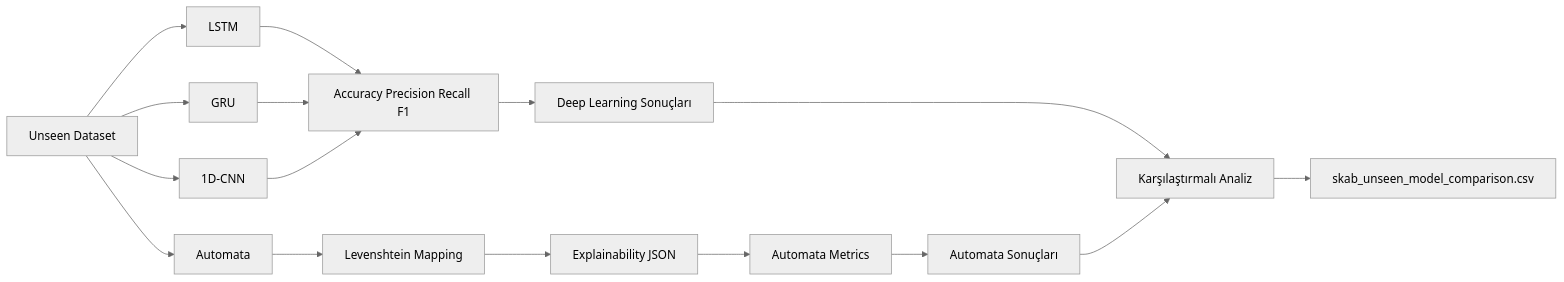
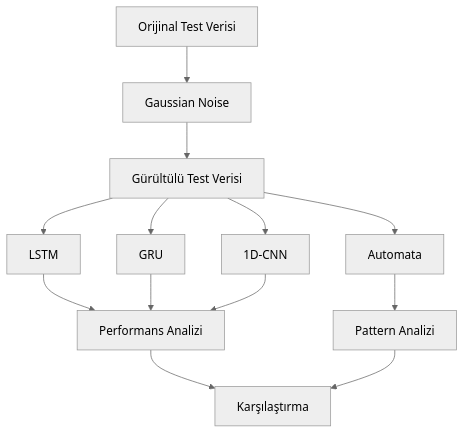
The second of 2 diagrams in README.md (senaycengiz/yazlab2-aciklanabilir-zaman-serisi-analizi), drawn with Mermaid (neutral theme) before and after one commit. The commit also changed other lines of this file, not shown here.

````diff
--- a/README.md
+++ b/README.md
@@ -2051,25 +448,22 @@
 ```mermaid
-flowchart LR
+flowchart TD
 
-A[Unseen Dataset]
---> B[LSTM]
-A --> C[GRU]
-A --> D[1D-CNN]
-A --> E[Automata]
+A[Orijinal Test Verisi]
+--> B[Gaussian Noise]
 
-B --> F[Accuracy Precision Recall F1]
-C --> F
-D --> F
+B --> C[Gürültülü Test Verisi]
 
-E --> G[Levenshtein Mapping]
-G --> H[Explainability JSON]
-H --> I[Automata Metrics]
+C --> D[LSTM]
+C --> E[GRU]
+C --> F[1D-CNN]
+C --> G[Automata]
 
-F --> J[Deep Learning Sonuçları]
-I --> K[Automata Sonuçları]
+D --> H[Performans Analizi]
+E --> H
+F --> H
 
-J --> L[Karşılaştırmalı Analiz]
-K --> L
+G --> I[Pattern Analizi]
 
-L --> M[skab_unseen_model_comparison.csv]
+H --> J[Karşılaştırma]
+I --> J
 ```
````
